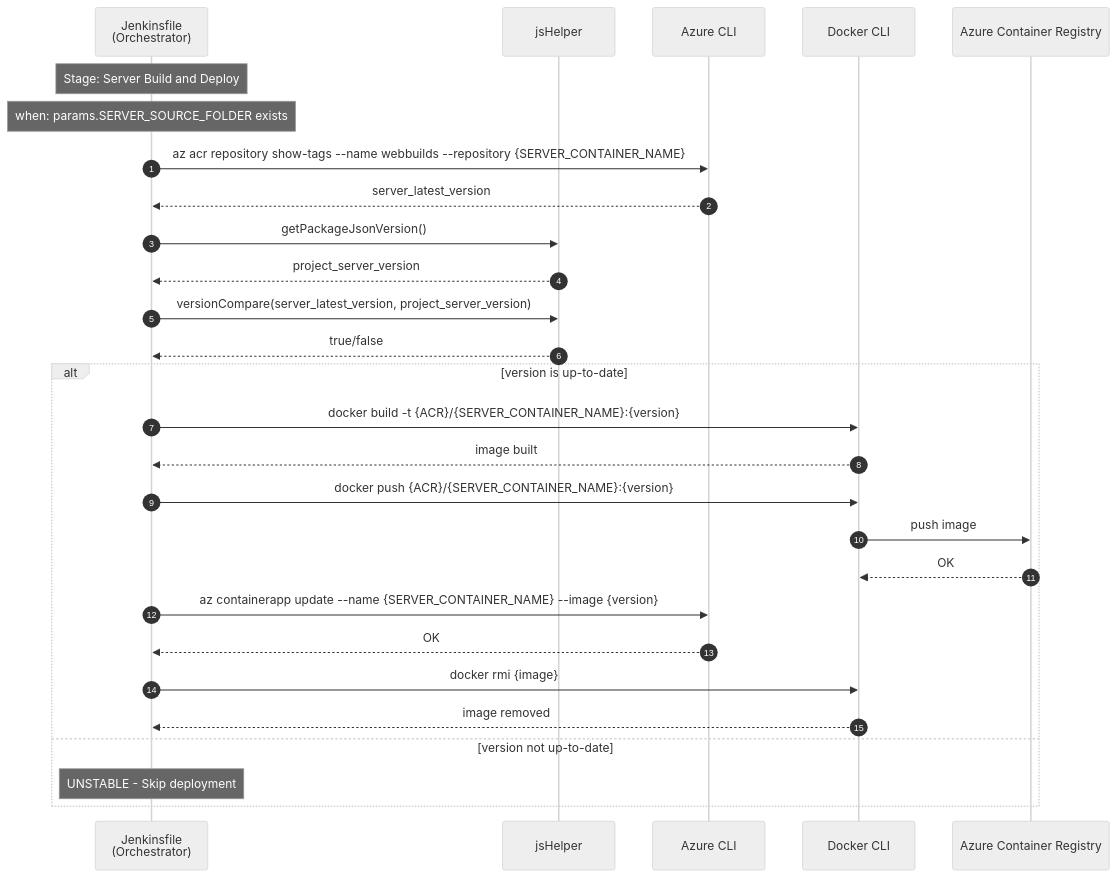
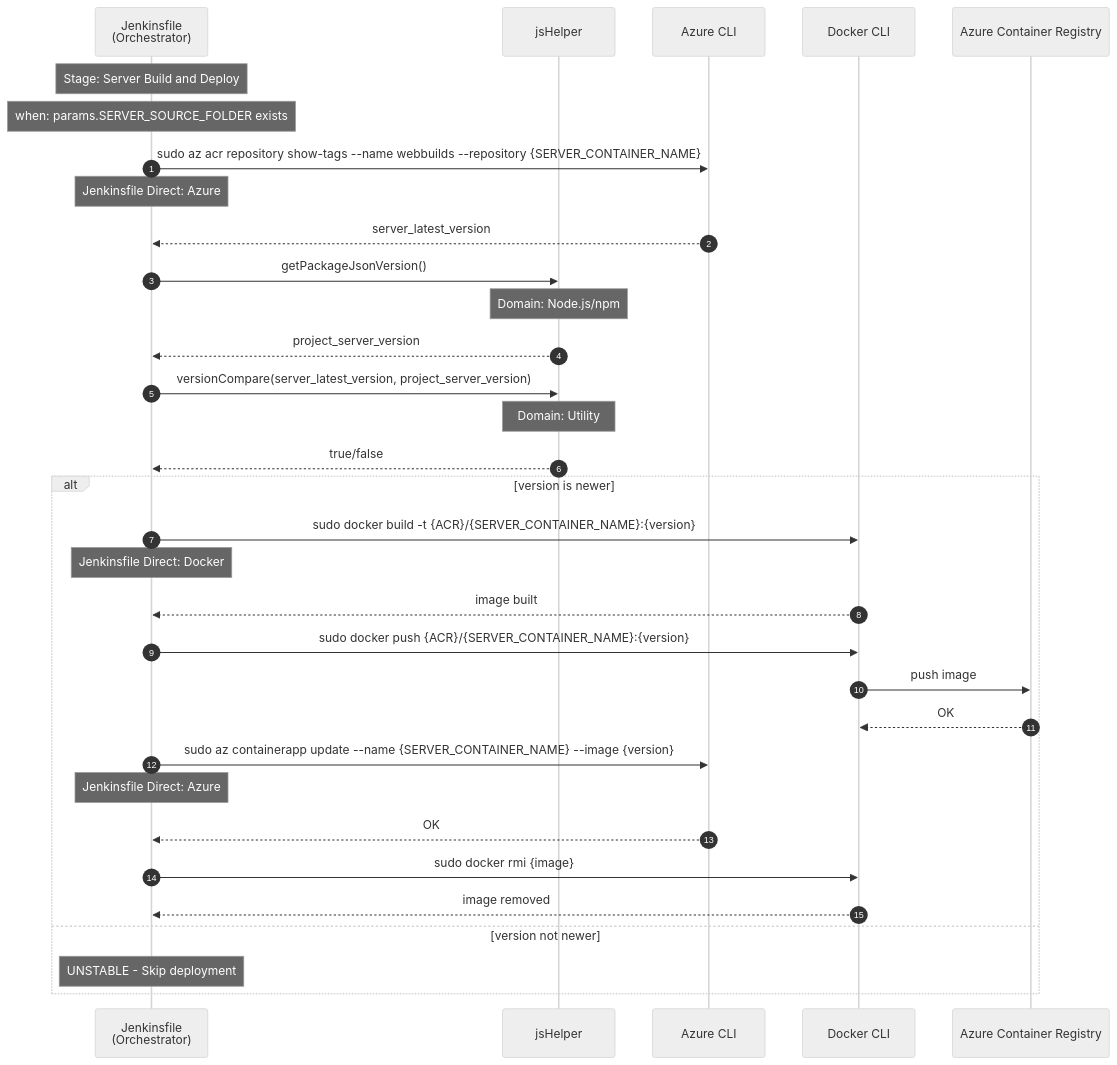
The ninth of 11 diagrams in Voyages/Projects/VARLab-work-transfer/portfolios/devops-jenkins-linux/4-layer-architecture-and-logger-system-integration/problem-analysis/pipeline-sequence-diagrams/js-cd.md (JindoKimKor/Self-Binnacle), drawn with Mermaid (neutral theme) before and after one commit. The commit also changed other lines of this file and 55 other files, not shown here.

First line of the commit message:
refactor(4-layer-architecture): Standardize analysis document naming and format

````diff
--- a/Voyages/Projects/VARLab-work-transfer/portfolios/devops-jenkins-linux/4-layer-architecture-and-logger-system-integration/problem-analysis/pipeline-sequence-diagrams/js-cd.md
+++ b/Voyages/Projects/VARLab-work-transfer/portfolios/devops-jenkins-linux/4-layer-architecture-and-logger-system-integration/problem-analysis/pipeline-sequence-diagrams/js-cd.md
@@ -297,39 +309,44 @@
 ```mermaid
 sequenceDiagram
     autonumber
 
     participant JF as Jenkinsfile<br/>(Orchestrator)
     participant JSH as jsHelper
     participant AZ as Azure CLI
     participant Docker as Docker CLI
     participant ACR as Azure Container Registry
 
     Note over JF: Stage: Server Build and Deploy
     Note over JF: when: params.SERVER_SOURCE_FOLDER exists
 
-    JF->>AZ: az acr repository show-tags --name webbuilds --repository {SERVER_CONTAINER_NAME}
+    JF->>AZ: sudo az acr repository show-tags --name webbuilds --repository {SERVER_CONTAINER_NAME}
+    Note over JF: Jenkinsfile Direct: Azure
     AZ-->>JF: server_latest_version
 
     JF->>JSH: getPackageJsonVersion()
+    Note over JSH: Domain: Node.js/npm
     JSH-->>JF: project_server_version
 
     JF->>JSH: versionCompare(server_latest_version, project_server_version)
+    Note over JSH: Domain: Utility
     JSH-->>JF: true/false
 
-    alt version is up-to-date
-        JF->>Docker: docker build -t {ACR}/{SERVER_CONTAINER_NAME}:{version}
+    alt version is newer
+        JF->>Docker: sudo docker build -t {ACR}/{SERVER_CONTAINER_NAME}:{version}
+        Note over JF: Jenkinsfile Direct: Docker
         Docker-->>JF: image built
 
-        JF->>Docker: docker push {ACR}/{SERVER_CONTAINER_NAME}:{version}
+        JF->>Docker: sudo docker push {ACR}/{SERVER_CONTAINER_NAME}:{version}
         Docker->>ACR: push image
         ACR-->>Docker: OK
 
-        JF->>AZ: az containerapp update --name {SERVER_CONTAINER_NAME} --image {version}
+        JF->>AZ: sudo az containerapp update --name {SERVER_CONTAINER_NAME} --image {version}
+        Note over JF: Jenkinsfile Direct: Azure
         AZ-->>JF: OK
 
-        JF->>Docker: docker rmi {image}
+        JF->>Docker: sudo docker rmi {image}
         Docker-->>JF: image removed
-    else version not up-to-date
+    else version not newer
         Note over JF: UNSTABLE - Skip deployment
     end
 ```
````
